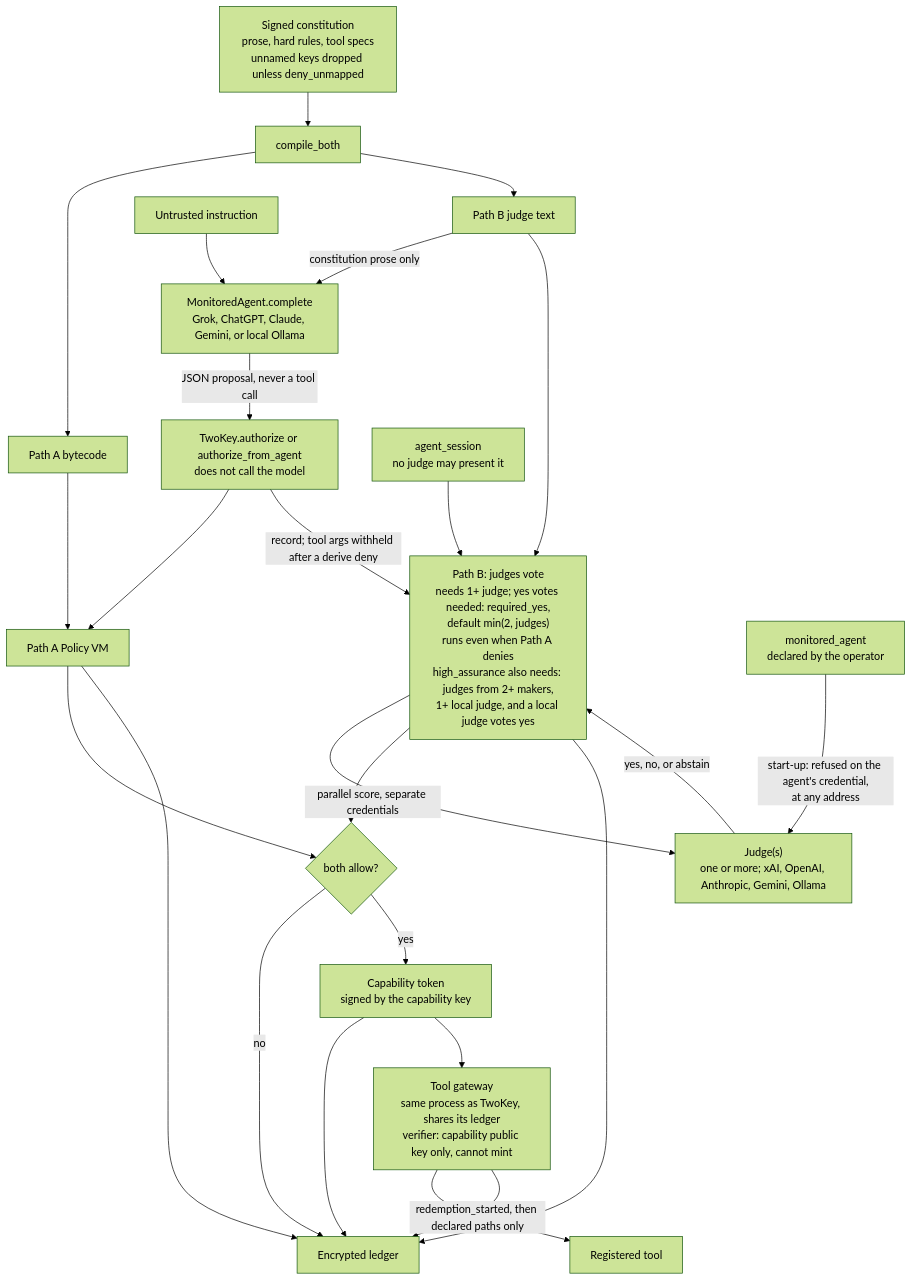
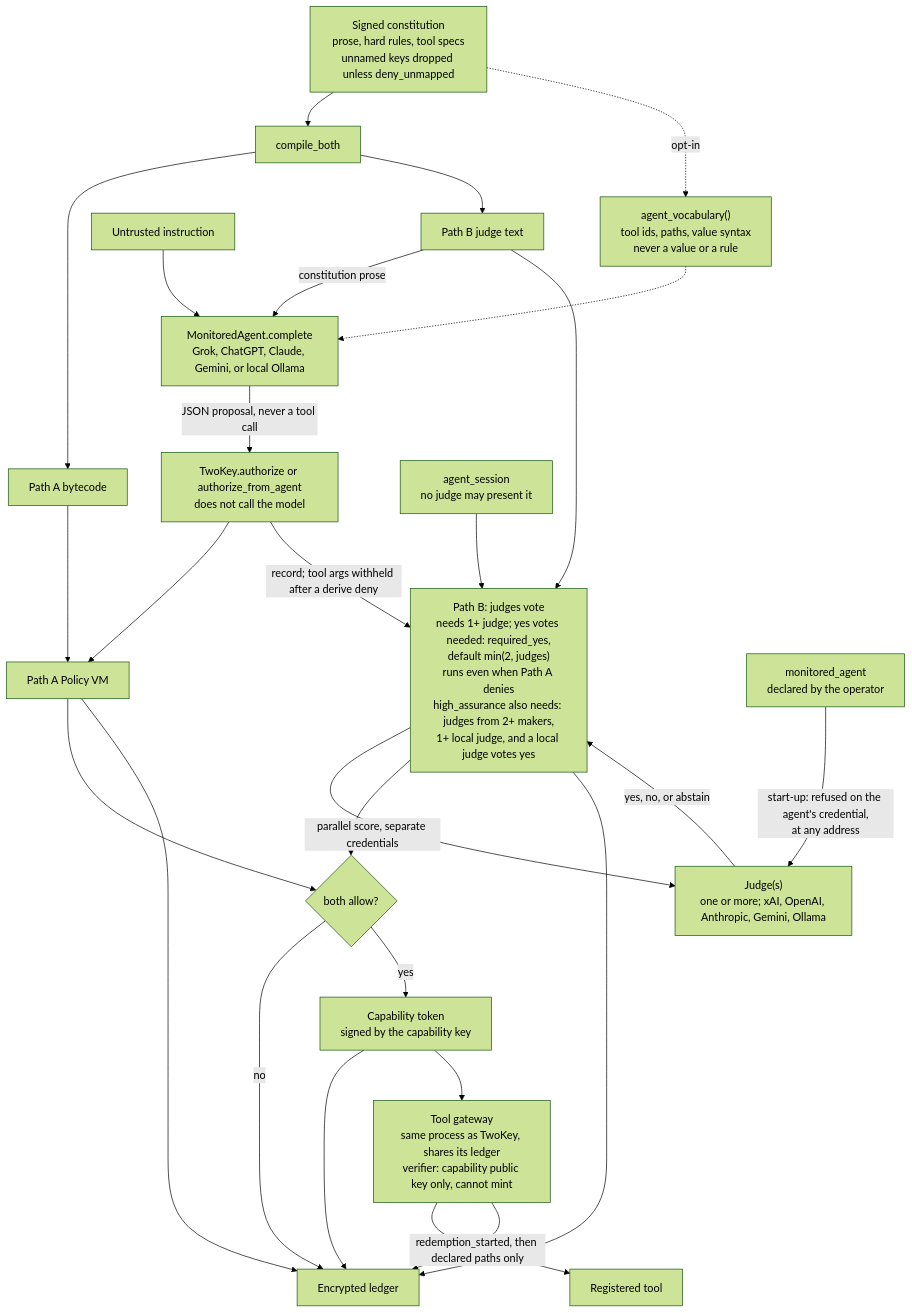
Before and after one commit to Insomniac-VibeLabs/two-key: the first of 3 diagrams in README.md, drawn with Mermaid (forest theme). The commit also changed other lines of this file and 5 other files, not shown here.

First line of the commit message:
Docs: diagram the agent vocabulary exchange; add the agent trust boundary

````diff
--- a/README.md
+++ b/README.md
@@ -98,27 +98,29 @@
 ```mermaid
 flowchart TD
   constitution["Signed constitution<br/>prose, hard rules, tool specs<br/>unnamed keys dropped unless deny_unmapped"] --> compile["compile_both"]
   compile --> bytecode["Path A bytecode"]
   compile --> judgeText["Path B judge text"]
   instruction["Untrusted instruction"] --> agent["MonitoredAgent.complete<br/>Grok, ChatGPT, Claude, Gemini, or local Ollama"]
-  judgeText -->|"constitution prose only"| agent
+  judgeText -->|"constitution prose"| agent
+  constitution -.->|"opt-in"| vocab["agent_vocabulary()<br/>tool ids, paths, value syntax<br/>never a value or a rule"]
+  vocab -.-> agent
   agent -->|"JSON proposal, never a tool call"| authorize["TwoKey.authorize or authorize_from_agent<br/>does not call the model"]
   bytecode --> pathA["Path A Policy VM"]
   authorize --> pathA
   authorize -->|"record; tool args withheld after a derive deny"| pathB["Path B: judges vote<br/>needs 1+ judge; yes votes needed: required_yes,<br/>default min(2, judges)<br/>runs even when Path A denies<br/>high_assurance also needs: judges from 2+ makers,<br/>1+ local judge, and a local judge votes yes"]
   judgeText --> pathB
   declared["monitored_agent<br/>declared by the operator"] -->|"start-up: refused on the agent's credential,<br/>at any address"| judges
   session["agent_session<br/>no judge may present it"] --> pathB
   pathB -->|"parallel score, separate credentials"| judges["Judge(s)<br/>one or more; xAI, OpenAI, Anthropic, Gemini, Ollama"]
   judges -->|"yes, no, or abstain"| pathB
   pathA --> gate{"both allow?"}
   pathB --> gate
   pathA --> ledger["Encrypted ledger"]
   pathB --> ledger
   gate -->|no| ledger
   gate -->|yes| token["Capability token<br/>signed by the capability key"]
   token --> ledger
   token --> gateway["Tool gateway<br/>same process as TwoKey, shares its ledger<br/>verifier: capability public key only, cannot mint"]
   gateway -->|"redemption_started, then declared paths only"| tool["Registered tool"]
   gateway --> ledger
 ```
````
